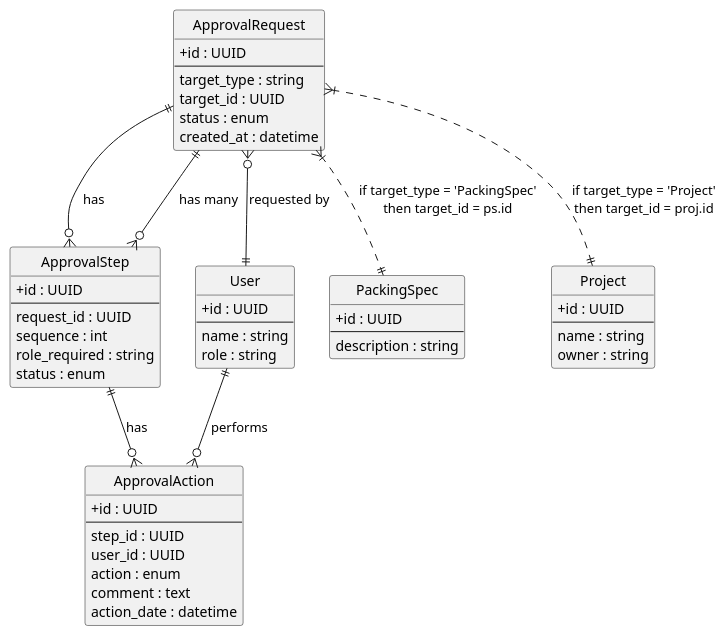
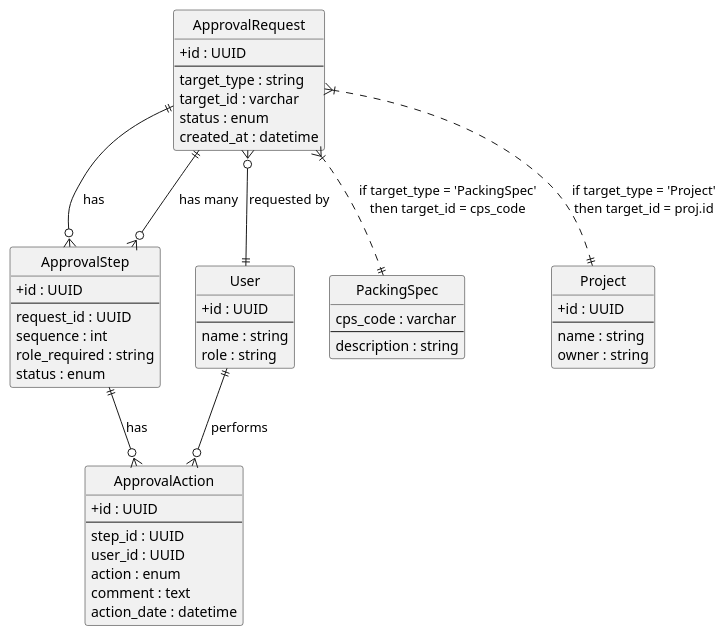
One commit to ari-fikri/packing-cost-diagrams changed the diagram in ERD Approval Service.puml. Above: the diagram before and after it, drawn with PlantUML. The commit also changed other lines of this file, not shown here.

```diff
--- a/ERD Approval Service.puml
+++ b/ERD Approval Service.puml
@@ -1,67 +1,67 @@
 @startuml
 ' Set style
 hide circle
 ' skinparam linetype ortho
 skinparam classAttributeIconSize 0
 
 entity "ApprovalRequest" as request {
   + id : UUID
   --
   target_type : string
-  target_id : UUID
+  target_id : varchar
   status : enum
   created_at : datetime
 }
 
 entity "ApprovalStep" as step {
   + id : UUID
   --
   request_id : UUID
   sequence : int
   role_required : string
   status : enum
 }
 
 entity "ApprovalAction" as action {
   + id : UUID
   --
   step_id : UUID
   user_id : UUID
   action : enum
   comment : text
   action_date : datetime
 }
 
 entity "User" as user {
   + id : UUID
   --
   name : string
   role : string
 }
 
 entity "PackingSpec" as ps {
-  + id : UUID
+  cps_code : varchar
   --
   description : string
 }
 
 entity "Project" as proj {
   + id : UUID
   --
   name : string
   owner : string
 }
 
 
 ' Relationships
 request ||--o{ step : has
 step ||--o{ action : has
 user ||--o{ action : performs
 request ||--o{ step : has many
 request }o--|| user : "requested by"
 
 ' Optional (informative): show relation between target_id and types
-request }|..|| ps : "if target_type = 'PackingSpec'\nthen target_id = ps.id"
+request }|..|| ps : "if target_type = 'PackingSpec'\nthen target_id = cps_code"
 request }|..|| proj : "if target_type = 'Project'\nthen target_id = proj.id"
 
 @enduml
```
